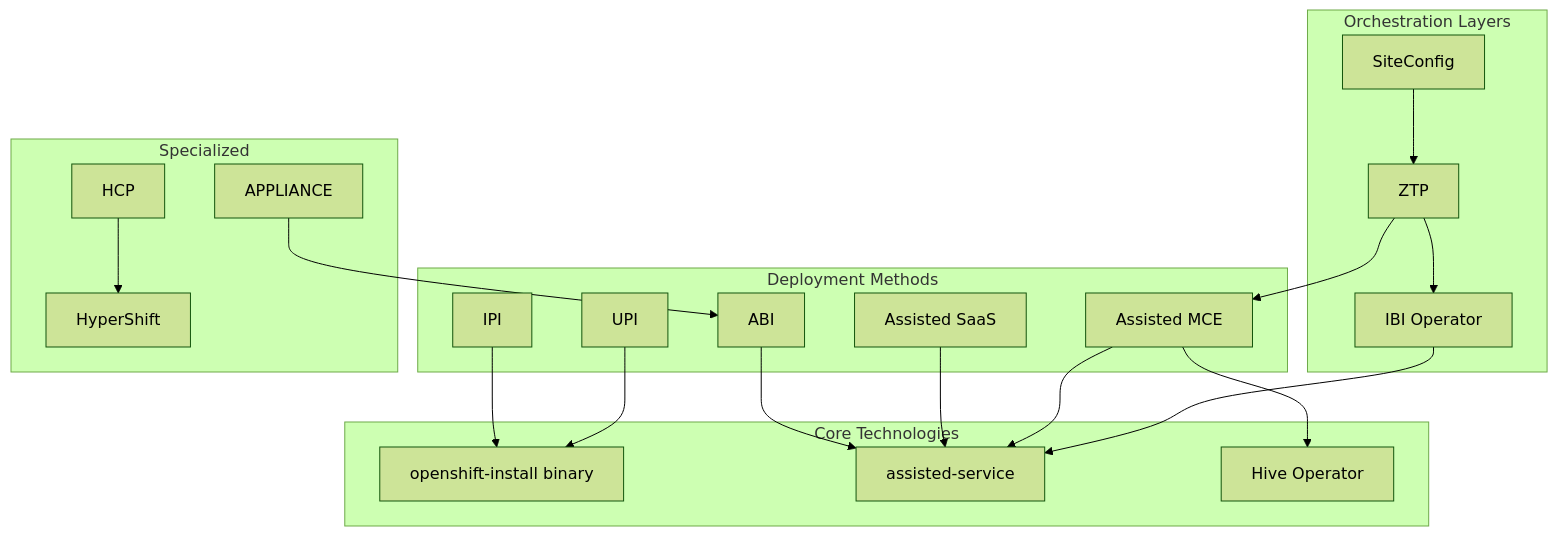
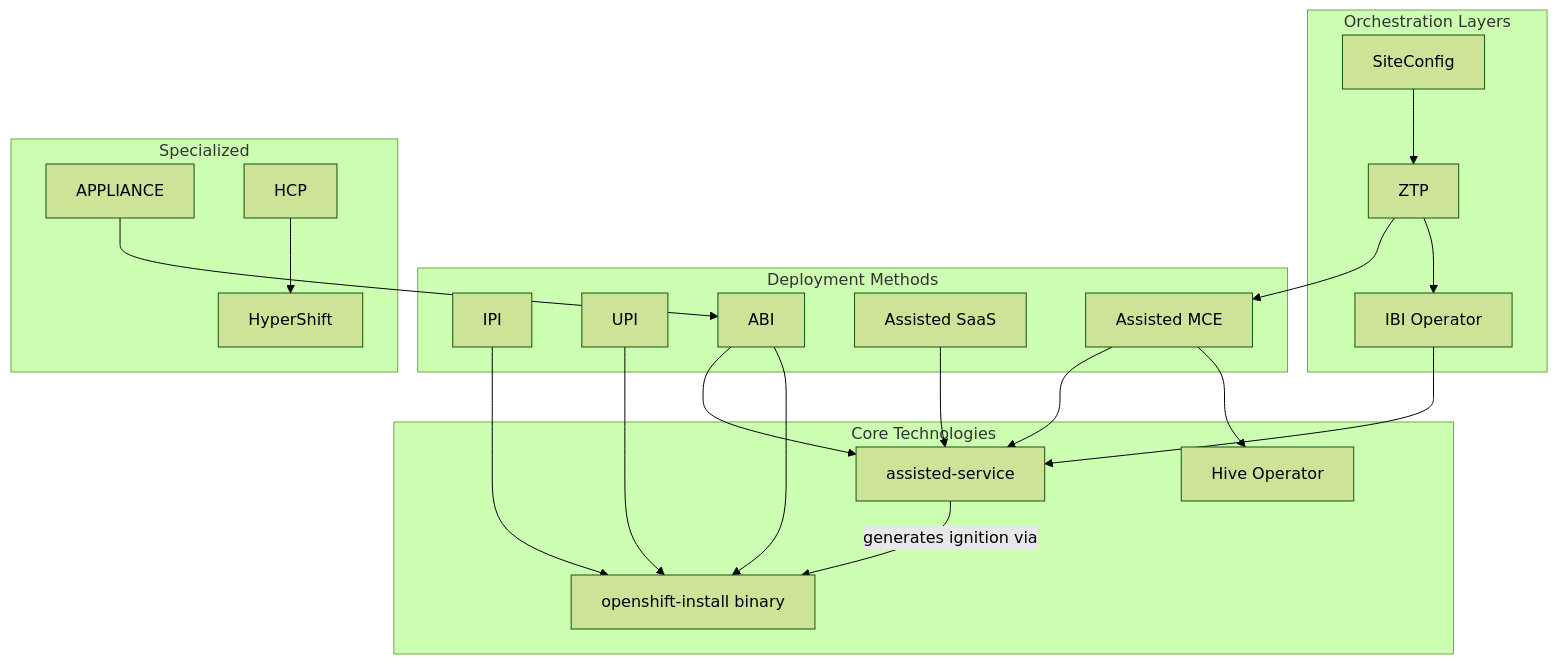
The second of 2 diagrams in 01-installation-methods-overview.md (zszabo-rh/openshift-install-guide), drawn with Mermaid (forest theme) before and after one commit. The commit also changed other lines of this file and 13 other files, not shown here.

````diff
--- a/01-installation-methods-overview.md
+++ b/01-installation-methods-overview.md
@@ -282,29 +282,31 @@
 ```mermaid
 graph TB
     subgraph "Core Technologies"
         INSTALLER[openshift-install binary]
         ASSISTED_SVC[assisted-service]
         HIVE[Hive Operator]
     end
     
     subgraph "Deployment Methods"
         IPI --> INSTALLER
         UPI --> INSTALLER
         ABI --> ASSISTED_SVC
+        ABI --> INSTALLER
         SAAS[Assisted SaaS] --> ASSISTED_SVC
         ONPREM[Assisted MCE] --> ASSISTED_SVC
         ONPREM --> HIVE
+        ASSISTED_SVC -->|"generates ignition via"| INSTALLER
     end
     
     subgraph "Orchestration Layers"
         ZTP --> ONPREM
         ZTP --> IBI_OP[IBI Operator]
         SITECONFIG[SiteConfig] --> ZTP
     end
     
     subgraph "Specialized"
         IBI_OP --> ASSISTED_SVC
         APPLIANCE --> ABI
         HCP --> HYPERSHIFT[HyperShift]
     end
 ```
````
